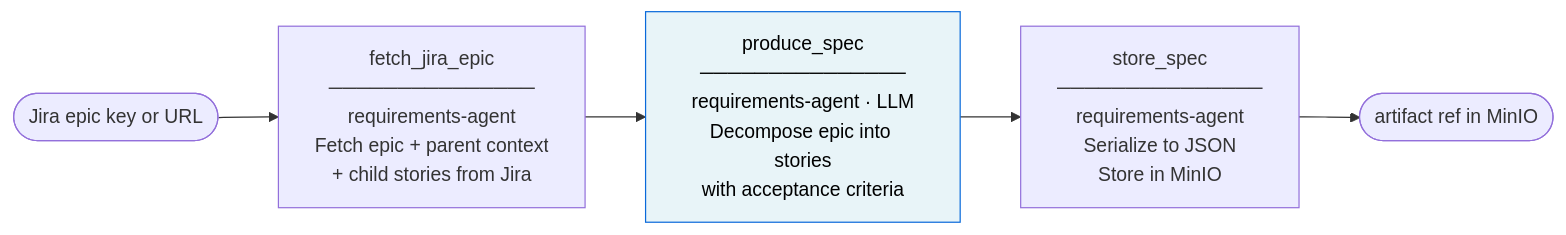
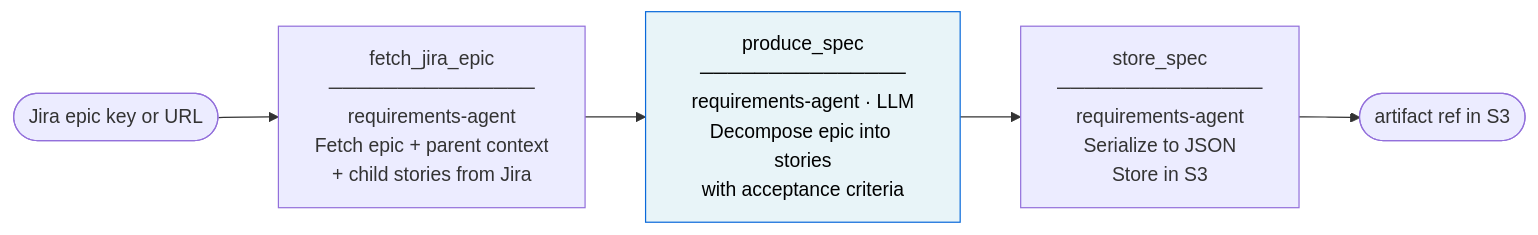
The second of 8 diagrams in README.md (openshift-splat-team/splat-sdlc-operator), drawn with Mermaid before and after one commit. The commit also changed other lines of this file and 25 other files, not shown here.

````diff
--- a/README.md
+++ b/README.md
@@ -92,14 +92,14 @@
 ```mermaid
 flowchart LR
     IN([Jira epic key or URL]) --> A
 
     A["fetch_jira_epic\n───────────────\nrequirements-agent\nFetch epic + parent context\n+ child stories from Jira"]
 
     A --> B["produce_spec\n───────────────\nrequirements-agent · LLM\nDecompose epic into stories\nwith acceptance criteria"]
 
-    B --> C["store_spec\n───────────────\nrequirements-agent\nSerialize to JSON\nStore in MinIO"]
+    B --> C["store_spec\n───────────────\nrequirements-agent\nSerialize to JSON\nStore in S3"]
 
-    C --> OUT([artifact ref in MinIO])
+    C --> OUT([artifact ref in S3])
 
     style B fill:#e8f4f8,stroke:#0969da,color:#000
 ```
````
